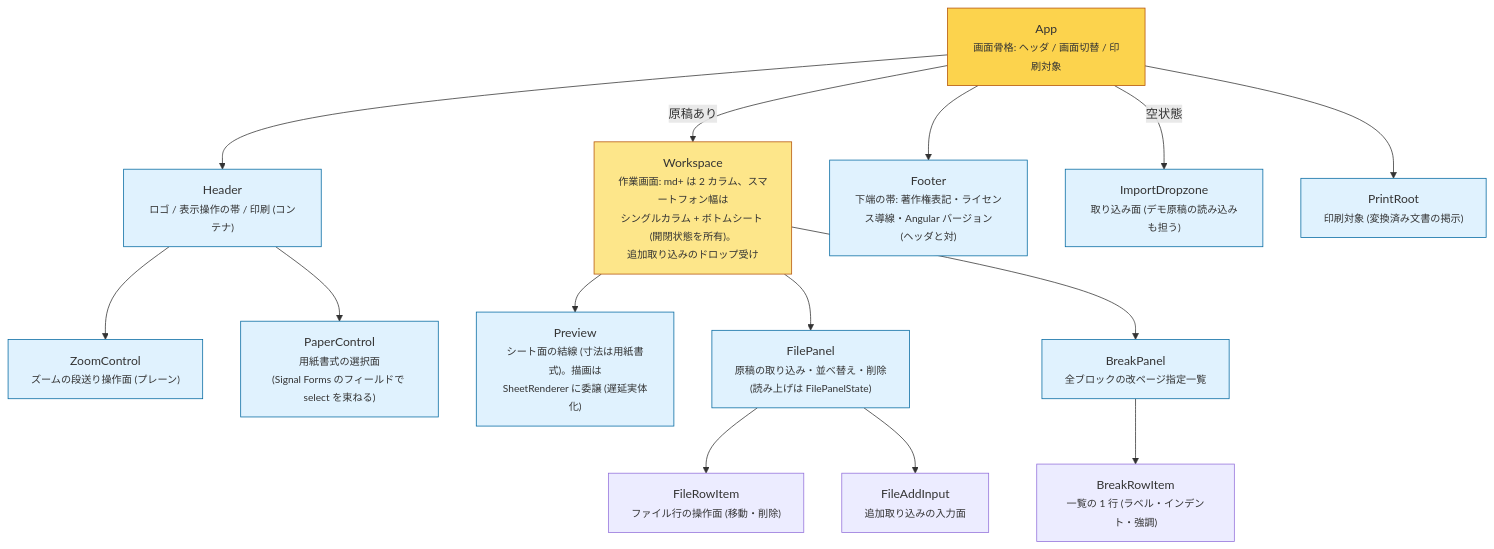
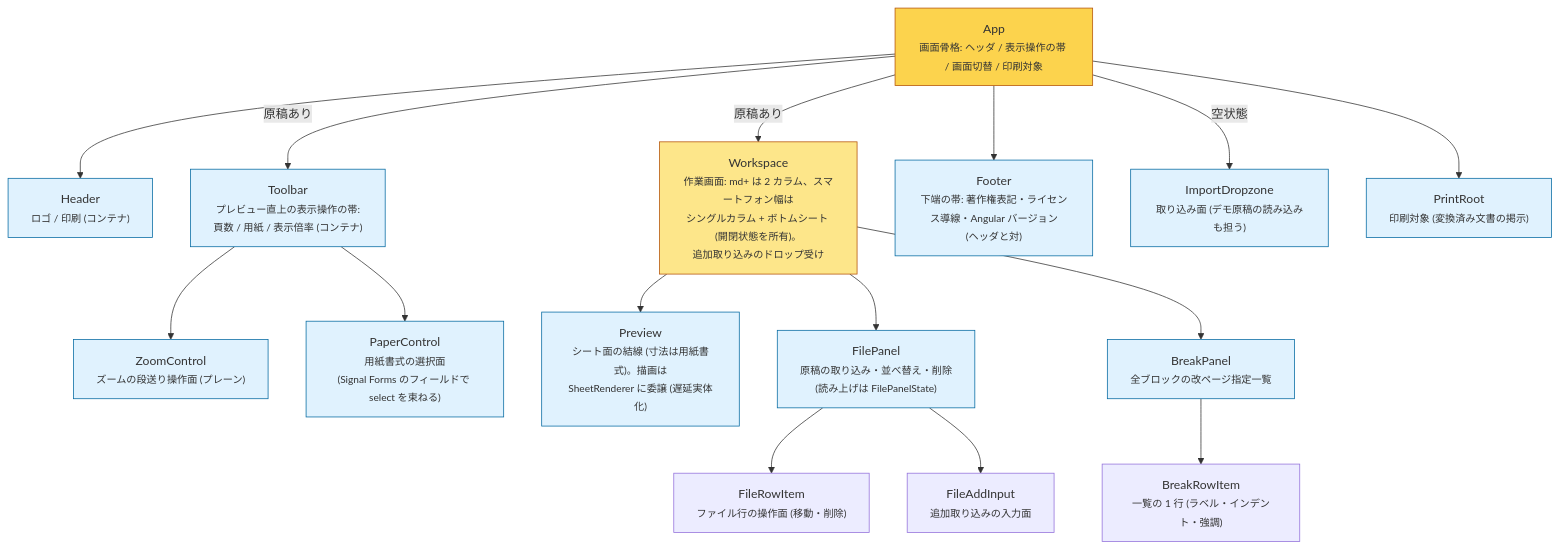
Before and after one commit to lacolaco/printmd: the diagram in docs/component-tree.md, drawn with Mermaid. The commit also changed other lines of this file and 15 other files, not shown here.

````diff
--- a/docs/component-tree.md
+++ b/docs/component-tree.md
@@ -6,38 +6,40 @@
 ```mermaid
 flowchart TB
-  APP["App<br/><small>画面骨格: ヘッダ / 画面切替 / 印刷対象</small>"]
-  HEADER["Header<br/><small>ロゴ / 表示操作の帯 / 印刷 (コンテナ)</small>"]
+  APP["App<br/><small>画面骨格: ヘッダ / 表示操作の帯 / 画面切替 / 印刷対象</small>"]
+  HEADER["Header<br/><small>ロゴ / 印刷 (コンテナ)</small>"]
+  TOOLBAR["Toolbar<br/><small>プレビュー直上の表示操作の帯:<br/>頁数 / 用紙 / 表示倍率 (コンテナ)</small>"]
   ZOOMC["ZoomControl<br/><small>ズームの段送り操作面 (プレーン)</small>"]
   PAPERC["PaperControl<br/><small>用紙書式の選択面<br/>(Signal Forms のフィールドで select を束ねる)</small>"]
   WS["Workspace<br/><small>作業画面: md+ は 2 カラム、スマートフォン幅は<br/>シングルカラム + ボトムシート (開閉状態を所有)。<br/>追加取り込みのドロップ受け</small>"]
   PREVIEW["Preview<br/><small>シート面の結線 (寸法は用紙書式)。描画は<br/>SheetRenderer に委譲 (遅延実体化)</small>"]
   FILEP["FilePanel<br/><small>原稿の取り込み・並べ替え・削除<br/>(読み上げは FilePanelState)</small>"]
   BREAKP["BreakPanel<br/><small>全ブロックの改ページ指定一覧</small>"]
   BREAKROW["BreakRowItem<br/><small>一覧の 1 行 (ラベル・インデント・強調)</small>"]
   FILEROW["FileRowItem<br/><small>ファイル行の操作面 (移動・削除)</small>"]
   FILEADD["FileAddInput<br/><small>追加取り込みの入力面</small>"]
   FOOTER["Footer<br/><small>下端の帯: 著作権表記・ライセンス導線・Angular バージョン<br/>(ヘッダと対)</small>"]
   DROP["ImportDropzone<br/><small>取り込み面 (デモ原稿の読み込みも担う)</small>"]
   PRINT["PrintRoot<br/><small>印刷対象 (変換済み文書の掲示)</small>"]
 
   APP --> HEADER
-  HEADER --> ZOOMC
-  HEADER --> PAPERC
+  APP -->|"原稿あり"| TOOLBAR
+  TOOLBAR --> ZOOMC
+  TOOLBAR --> PAPERC
   APP --> FOOTER
   APP -->|"原稿あり"| WS
   APP -->|"空状態"| DROP
   APP --> PRINT
   WS --> PREVIEW
   WS --> FILEP
   WS --> BREAKP
   BREAKP --> BREAKROW
   FILEP --> FILEROW
   FILEP --> FILEADD
 
   classDef shell fill:#fcd34d,stroke:#b45309
   classDef layout fill:#fde68a,stroke:#b45309
   classDef leaf fill:#e0f2fe,stroke:#0369a1
   class APP shell
   class WS layout
-  class HEADER,ZOOMC,PAPERC,PREVIEW,FILEP,BREAKP,FOOTER,DROP,PRINT leaf
+  class HEADER,TOOLBAR,ZOOMC,PAPERC,PREVIEW,FILEP,BREAKP,FOOTER,DROP,PRINT leaf
 ```
````
